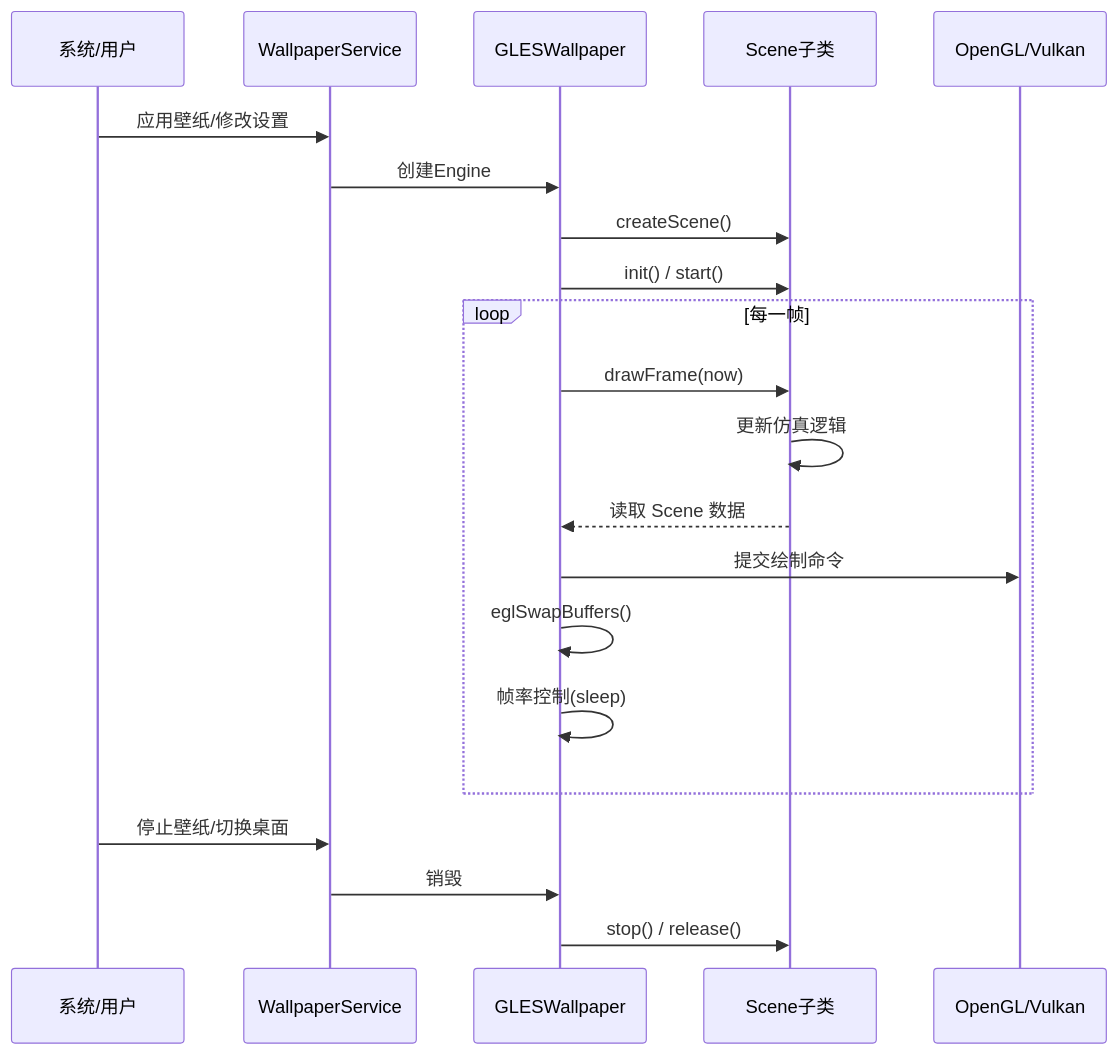
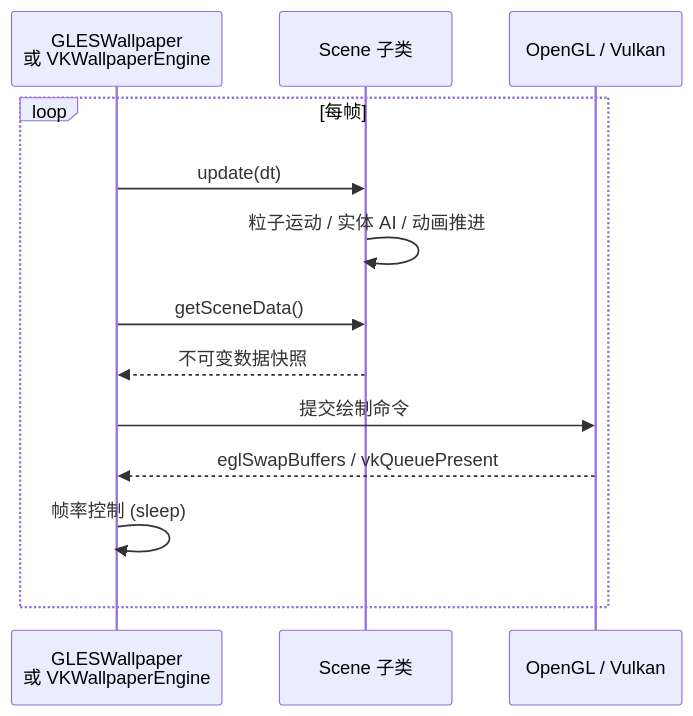
One commit to dynnbw/RE-Android-Live-Wallpapers changed the third of 4 diagrams in README.md. Above: the diagram before and after it, drawn with Mermaid. The commit also changed other lines of this file, not shown here.

Commit message:
docs: Rewrite README with accurate architecture and full wallpaper catalog

````diff
--- a/README.md
+++ b/README.md
@@ -74,23 +100,16 @@
 ```mermaid
 sequenceDiagram
-    participant Sys as 系统/用户
-    participant WS as WallpaperService
-    participant GLW as GLESWallpaper
-    participant S as Scene子类
-    participant GPU as OpenGL/Vulkan
-    Sys->>WS: 应用壁纸/修改设置
-    WS->>GLW: 创建Engine
-    GLW->>S: createScene()
-    GLW->>S: init() / start()
-    loop 每一帧
-        GLW->>S: drawFrame(now)
-        S->>S: 更新仿真逻辑
-        S-->>GLW: 读取 Scene 数据
-        GLW->>GPU: 提交绘制命令
-        GLW->>GLW: eglSwapBuffers()
-        GLW->>GLW: 帧率控制(sleep)
+    participant Engine as GLESWallpaper<br/>或 VKWallpaperEngine
+    participant Scene as Scene 子类
+    participant GPU as OpenGL / Vulkan
+
+    loop 每帧
+        Engine->>Scene: update(dt)
+        Scene->>Scene: 粒子运动 / 实体 AI / 动画推进
+        Engine->>Scene: getSceneData()
+        Scene-->>Engine: 不可变数据快照
+        Engine->>GPU: 提交绘制命令
+        GPU-->>Engine: eglSwapBuffers / vkQueuePresent
+        Engine->>Engine: 帧率控制 (sleep)
     end
-    Sys->>WS: 停止壁纸/切换桌面
-    WS->>GLW: 销毁
-    GLW->>S: stop() / release()
 ```
````
